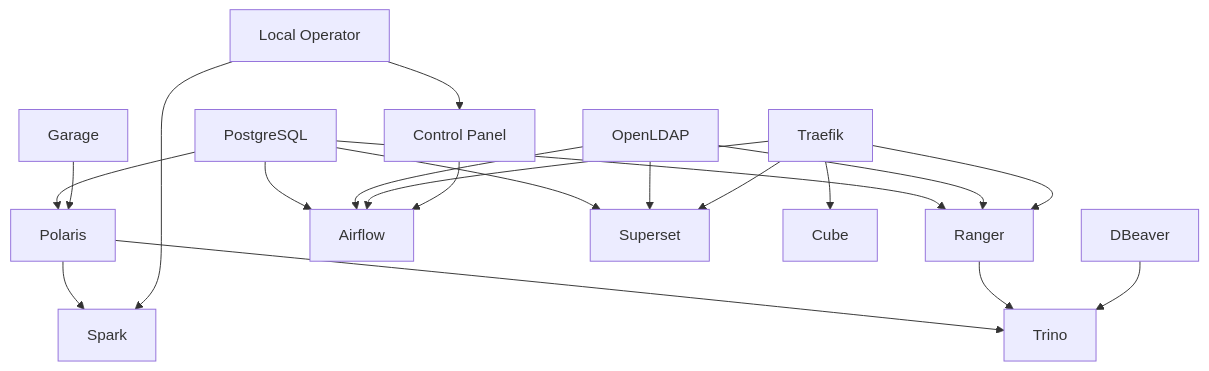
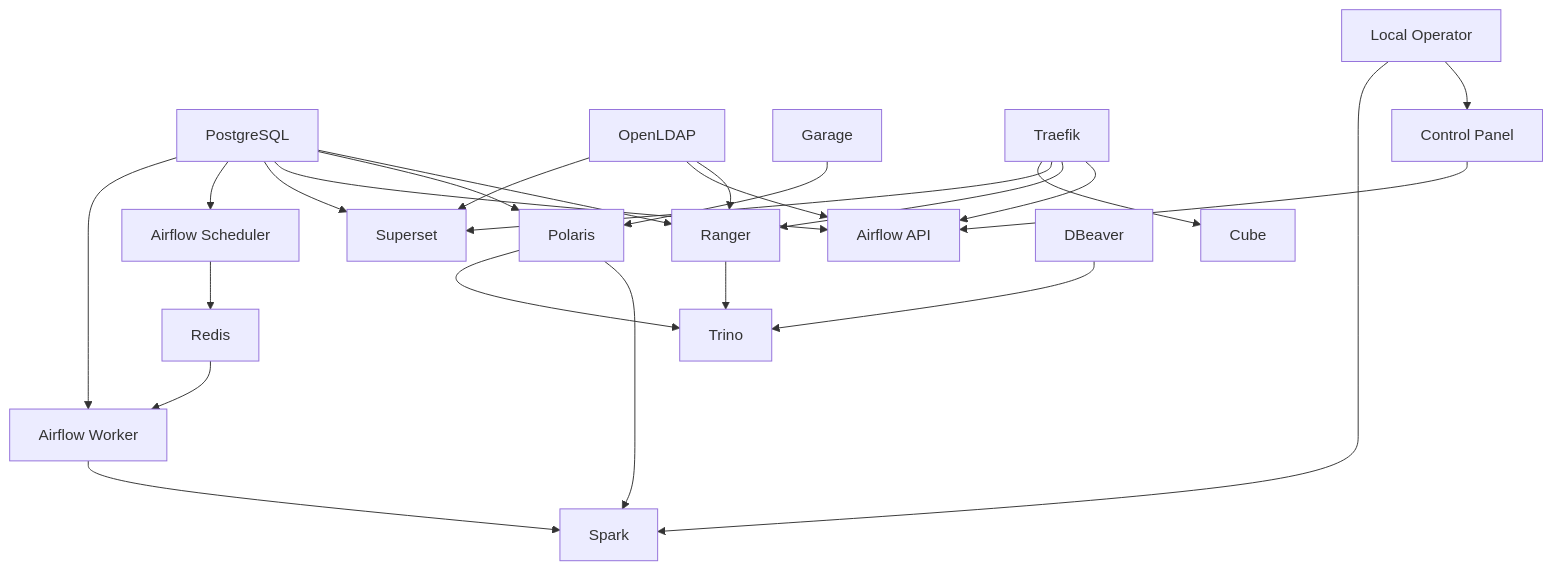
One commit to AlexHilberer/On-Prem-Data-Lakehouse changed the diagram in platform/README.md. Above: the diagram before and after it, drawn with Mermaid. The commit also changed other lines of this file and 33 other files, not shown here.

````diff
--- a/platform/README.md
+++ b/platform/README.md
@@ -45,22 +51,25 @@
 ```mermaid
 flowchart TD
   PostgreSQL --> Ranger
   PostgreSQL --> Polaris
-  PostgreSQL --> Airflow
+  PostgreSQL --> AirflowAPI["Airflow API"]
   PostgreSQL --> Superset
   OpenLDAP --> Ranger
-  OpenLDAP --> Airflow
+  OpenLDAP --> AirflowAPI
   OpenLDAP --> Superset
   Garage --> Polaris
   Polaris --> Spark
   Polaris --> Trino
   Ranger --> Trino
-  Traefik --> Airflow
+  Traefik --> AirflowAPI
   Traefik --> Ranger
   Traefik --> Superset
   Traefik --> Cube
-  ControlPanel["Control Panel"] --> Airflow
+  ControlPanel["Control Panel"] --> AirflowAPI
+  Scheduler["Airflow Scheduler"] --> Redis --> AirflowWorker["Airflow Worker"]
+  PostgreSQL --> Scheduler & AirflowWorker
+  AirflowWorker --> Spark
   LocalOperator["Local Operator"] --> ControlPanel
   LocalOperator --> Spark
   DBeaver --> Trino
 ```
````
